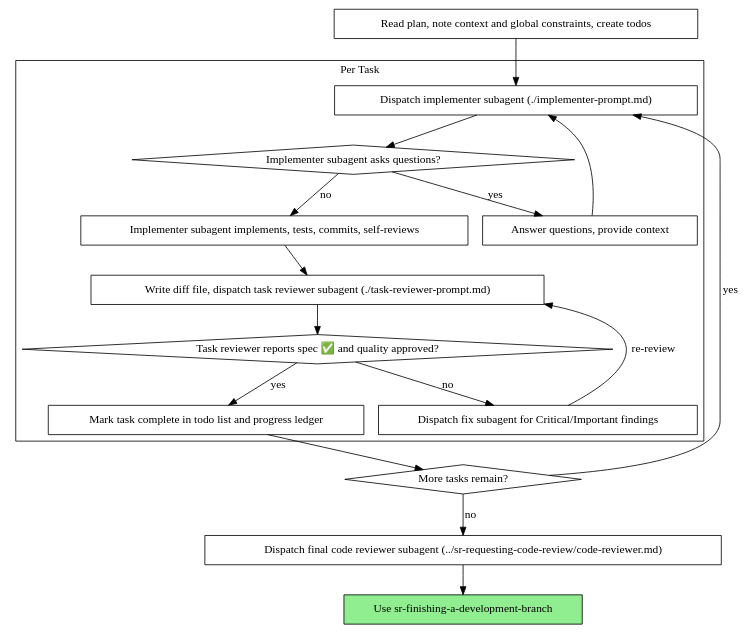
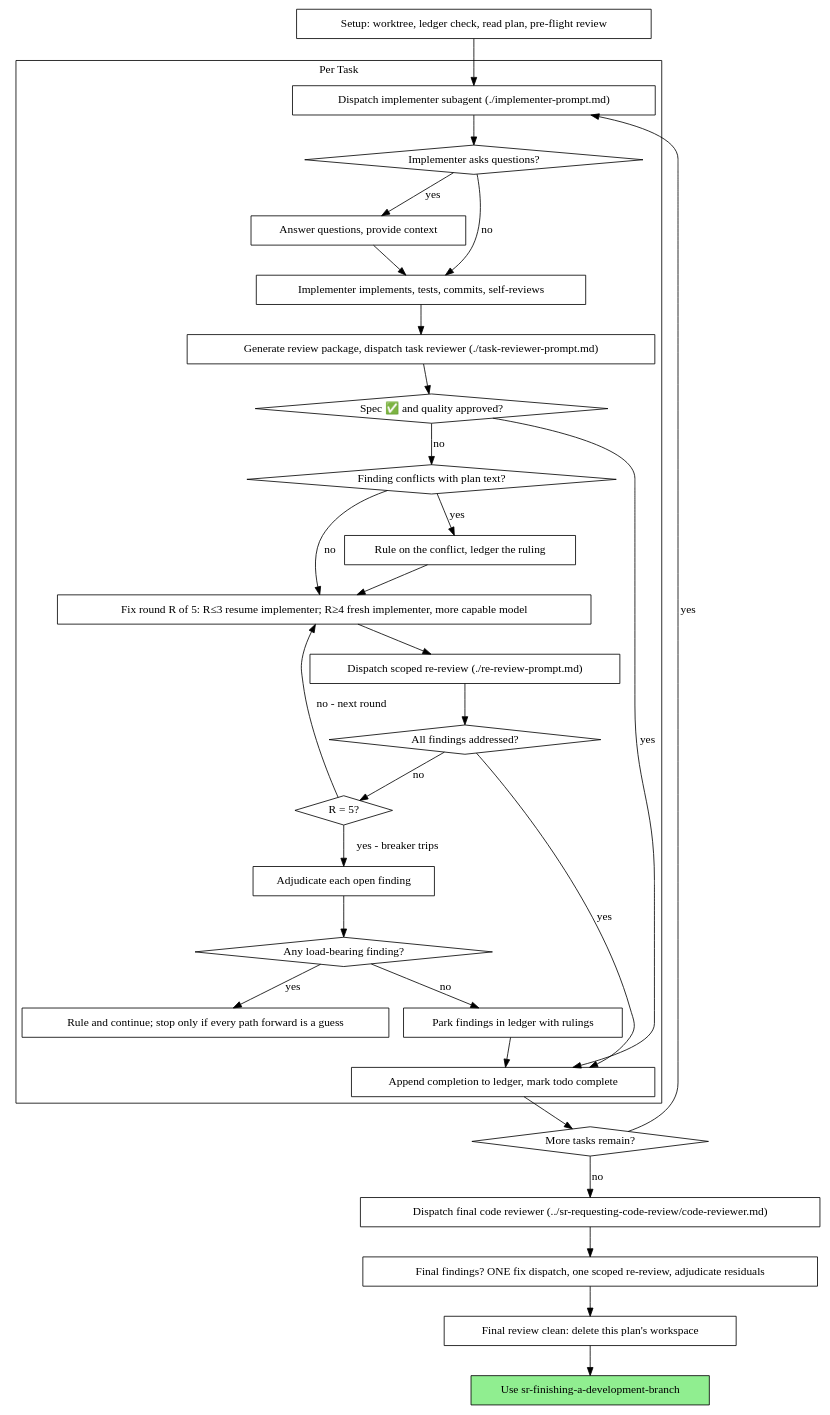
One commit to aezizhu/super-ralph changed the second of 2 diagrams in plugins/super-ralph/skills/sr-subagent-driven-development/SKILL.md. Above: the diagram before and after it, drawn with Graphviz. The commit also changed other lines of this file and 24 other files, not shown here.

````diff
--- a/plugins/super-ralph/skills/sr-subagent-driven-development/SKILL.md
+++ b/plugins/super-ralph/skills/sr-subagent-driven-development/SKILL.md
@@ -47,37 +61,62 @@
 ```dot
 digraph process {
     rankdir=TB;
 
     subgraph cluster_per_task {
         label="Per Task";
         "Dispatch implementer subagent (./implementer-prompt.md)" [shape=box];
-        "Implementer subagent asks questions?" [shape=diamond];
+        "Implementer asks questions?" [shape=diamond];
         "Answer questions, provide context" [shape=box];
-        "Implementer subagent implements, tests, commits, self-reviews" [shape=box];
-        "Write diff file, dispatch task reviewer subagent (./task-reviewer-prompt.md)" [shape=box];
-        "Task reviewer reports spec ✅ and quality approved?" [shape=diamond];
-        "Dispatch fix subagent for Critical/Important findings" [shape=box];
-        "Mark task complete in todo list and progress ledger" [shape=box];
+        "Implementer implements, tests, commits, self-reviews" [shape=box];
+        "Generate review package, dispatch task reviewer (./task-reviewer-prompt.md)" [shape=box];
+        "Spec ✅ and quality approved?" [shape=diamond];
+        "Finding conflicts with plan text?" [shape=diamond];
+        "Rule on the conflict, ledger the ruling" [shape=box];
+        "Fix round R of 5: R≤3 resume implementer; R≥4 fresh implementer, more capable model" [shape=box];
+        "Dispatch scoped re-review (./re-review-prompt.md)" [shape=box];
+        "All findings addressed?" [shape=diamond];
+        "R = 5?" [shape=diamond];
+        "Adjudicate each open finding" [shape=box];
+        "Any load-bearing finding?" [shape=diamond];
+        "Rule and continue; stop only if every path forward is a guess" [shape=box];
+        "Park findings in ledger with rulings" [shape=box];
+        "Append completion to ledger, mark todo complete" [shape=box];
     }
 
-    "Read plan, note context and global constraints, create todos" [shape=box];
+    "Setup: worktree, ledger check, read plan, pre-flight review" [shape=box];
     "More tasks remain?" [shape=diamond];
-    "Dispatch final code reviewer subagent (../sr-requesting-code-review/code-reviewer.md)" [shape=box];
+    "Dispatch final code reviewer (../sr-requesting-code-review/code-reviewer.md)" [shape=box];
+    "Final findings? ONE fix dispatch, one scoped re-review, adjudicate residuals" [shape=box];
+    "Final review clean: delete this plan's workspace" [shape=box];
     "Use sr-finishing-a-development-branch" [shape=box style=filled fillcolor=lightgreen];
 
-    "Read plan, note context and global constraints, create todos" -> "Dispatch implementer subagent (./implementer-prompt.md)";
-    "Dispatch implementer subagent (./implementer-prompt.md)" -> "Implementer subagent asks questions?";
-    "Implementer subagent asks questions?" -> "Answer questions, provide context" [label="yes"];
-    "Answer questions, provide context" -> "Dispatch implementer subagent (./implementer-prompt.md)";
-    "Implementer subagent asks questions?" -> "Implementer subagent implements, tests, commits, self-reviews" [label="no"];
-    "Implementer subagent implements, tests, commits, self-reviews" -> "Write diff file, dispatch task reviewer subagent (./task-reviewer-prompt.md)";
-    "Write diff file, dispatch task reviewer subagent (./task-reviewer-prompt.md)" -> "Task reviewer reports spec ✅ and quality approved?";
-    "Task reviewer reports spec ✅ and quality approved?" -> "Dispatch fix subagent for Critical/Important findings" [label="no"];
-    "Dispatch fix subagent for Critical/Important findings" -> "Write diff file, dispatch task reviewer subagent (./task-reviewer-prompt.md)" [label="re-review"];
-    "Task reviewer reports spec ✅ and quality approved?" -> "Mark task complete in todo list and progress ledger" [label="yes"];
-    "Mark task complete in todo list and progress ledger" -> "More tasks remain?";
+    "Setup: worktree, ledger check, read plan, pre-flight review" -> "Dispatch implementer subagent (./implementer-prompt.md)";
+    "Dispatch implementer subagent (./implementer-prompt.md)" -> "Implementer asks questions?";
+    "Implementer asks questions?" -> "Answer questions, provide context" [label="yes"];
+    "Answer questions, provide context" -> "Implementer implements, tests, commits, self-reviews";
+    "Implementer asks questions?" -> "Implementer implements, tests, commits, self-reviews" [label="no"];
+    "Implementer implements, tests, commits, self-reviews" -> "Generate review package, dispatch task reviewer (./task-reviewer-prompt.md)";
+    "Generate review package, dispatch task reviewer (./task-reviewer-prompt.md)" -> "Spec ✅ and quality approved?";
+    "Spec ✅ and quality approved?" -> "Append completion to ledger, mark todo complete" [label="yes"];
+    "Spec ✅ and quality approved?" -> "Finding conflicts with plan text?" [label="no"];
+    "Finding conflicts with plan text?" -> "Rule on the conflict, ledger the ruling" [label="yes"];
+    "Rule on the conflict, ledger the ruling" -> "Fix round R of 5: R≤3 resume implementer; R≥4 fresh implementer, more capable model";
+    "Finding conflicts with plan text?" -> "Fix round R of 5: R≤3 resume implementer; R≥4 fresh implementer, more capable model" [label="no"];
+    "Fix round R of 5: R≤3 resume implementer; R≥4 fresh implementer, more capable model" -> "Dispatch scoped re-review (./re-review-prompt.md)";
+    "Dispatch scoped re-review (./re-review-prompt.md)" -> "All findings addressed?";
+    "All findings addressed?" -> "Append completion to ledger, mark todo complete" [label="yes"];
+    "All findings addressed?" -> "R = 5?" [label="no"];
+    "R = 5?" -> "Fix round R of 5: R≤3 resume implementer; R≥4 fresh implementer, more capable model" [label="no - next round"];
+    "R = 5?" -> "Adjudicate each open finding" [label="yes - breaker trips"];
+    "Adjudicate each open finding" -> "Any load-bearing finding?";
+    "Any load-bearing finding?" -> "Rule and continue; stop only if every path forward is a guess" [label="yes"];
+    "Any load-bearing finding?" -> "Park findings in ledger with rulings" [label="no"];
+    "Park findings in ledger with rulings" -> "Append completion to ledger, mark todo complete";
+    "Append completion to ledger, mark todo complete" -> "More tasks remain?";
     "More tasks remain?" -> "Dispatch implementer subagent (./implementer-prompt.md)" [label="yes"];
-    "More tasks remain?" -> "Dispatch final code reviewer subagent (../sr-requesting-code-review/code-reviewer.md)" [label="no"];
-    "Dispatch final code reviewer subagent (../sr-requesting-code-review/code-reviewer.md)" -> "Use sr-finishing-a-development-branch";
+    "More tasks remain?" -> "Dispatch final code reviewer (../sr-requesting-code-review/code-reviewer.md)" [label="no"];
+    "Dispatch final code reviewer (../sr-requesting-code-review/code-reviewer.md)" -> "Final findings? ONE fix dispatch, one scoped re-review, adjudicate residuals";
+    "Final findings? ONE fix dispatch, one scoped re-review, adjudicate residuals" -> "Final review clean: delete this plan's workspace";
+    "Final review clean: delete this plan's workspace" -> "Use sr-finishing-a-development-branch";
 }
 ```
````
